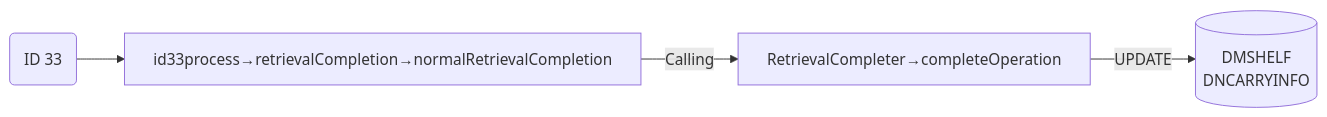
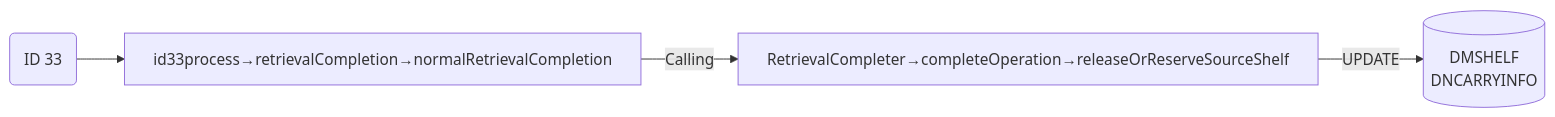
One commit to luthfiadityaa/SimeDarby-Wiki changed the ninth of 19 diagrams in Basic-Design/DFD-WMS/Retrieval/Specific-Location-Retrieval-Setting.md. Above: the diagram before and after it, drawn with Mermaid.

Commit message:
Updated Specific Location Retrieval Setting

```diff
--- a/Basic-Design/DFD-WMS/Retrieval/Specific-Location-Retrieval-Setting.md
+++ b/Basic-Design/DFD-WMS/Retrieval/Specific-Location-Retrieval-Setting.md
@@ -429,15 +429,15 @@
 ::: mermaid
 flowchart LR
 
 id33("
 ID 33
 ")
 
 id33-update[("
 DMSHELF
 DNCARRYINFO
 ")]
 
 id33-->P1[id33process→retrievalCompletion→normalRetrievalCompletion]
-P1--> |Calling| P2[RetrievalCompleter→completeOperation]--> |UPDATE| id33-update
+P1--> |Calling| P2[RetrievalCompleter→completeOperation→releaseOrReserveSourceShelf]--> |UPDATE| id33-update
 :::
```
